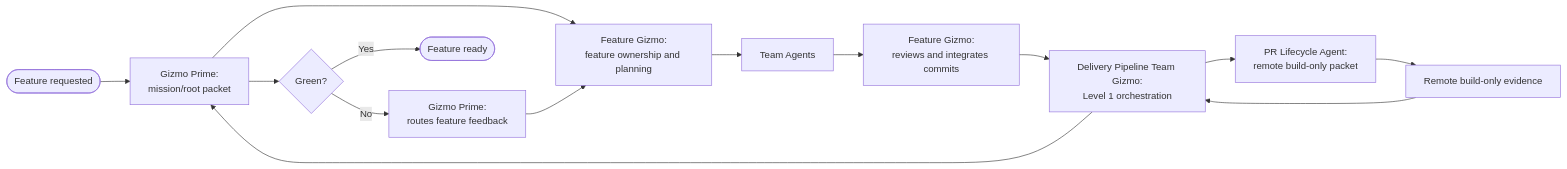
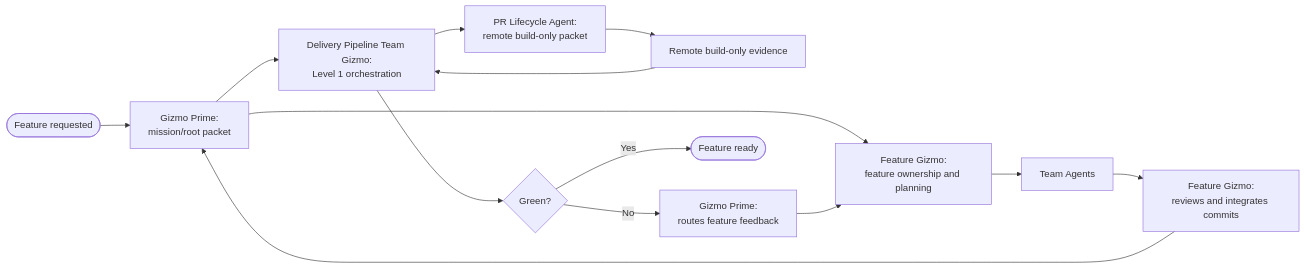
The fourth of 13 diagrams in .cortex/gizmo-prime/architecture/multiagent-delivery-diagrams.md (meta-secret/nook), drawn with Mermaid before and after one commit. The commit also changed other lines of this file and 10 other files, not shown here.

````diff
--- a/.cortex/gizmo-prime/architecture/multiagent-delivery-diagrams.md
+++ b/.cortex/gizmo-prime/architecture/multiagent-delivery-diagrams.md
@@ -217,19 +217,19 @@
 ```mermaid
 flowchart LR
     Request([Feature requested])
     Prime["Gizmo Prime:<br/>mission/root packet"]
     GizmoPlan["Feature Gizmo:<br/>feature ownership and planning"]
     Teams["Team Agents"]
     GizmoManagement["Feature Gizmo:<br/>reviews and integrates commits"]
     Pipeline["Delivery Pipeline Team Gizmo:<br/>Level 1 orchestration"]
     Steward["PR Lifecycle Agent:<br/>remote build-only packet"]
     Checks["Remote build-only evidence"]
     Green{"Green?"}
     Feedback["Gizmo Prime:<br/>routes feature feedback"]
     Ready([Feature ready])
 
     Request --> Prime --> GizmoPlan --> Teams --> GizmoManagement
-    GizmoManagement --> Pipeline --> Steward --> Checks --> Pipeline --> Prime --> Green
+    GizmoManagement --> Prime --> Pipeline --> Steward --> Checks --> Pipeline --> Green
     Green -- No --> Feedback --> GizmoPlan
     Green -- Yes --> Ready
 ```
````
